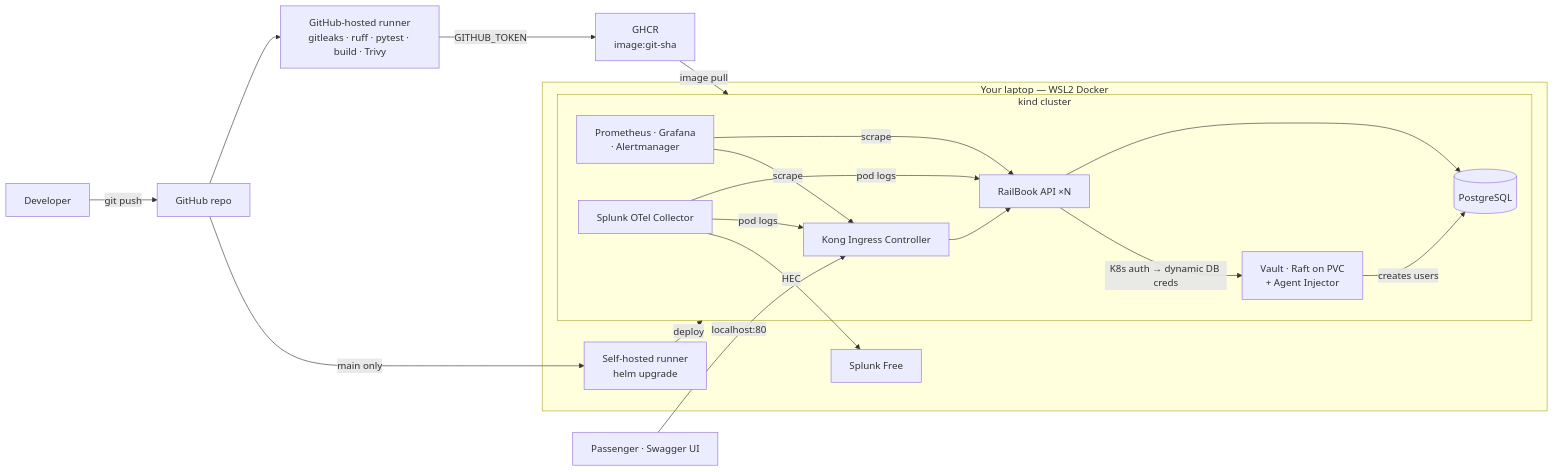
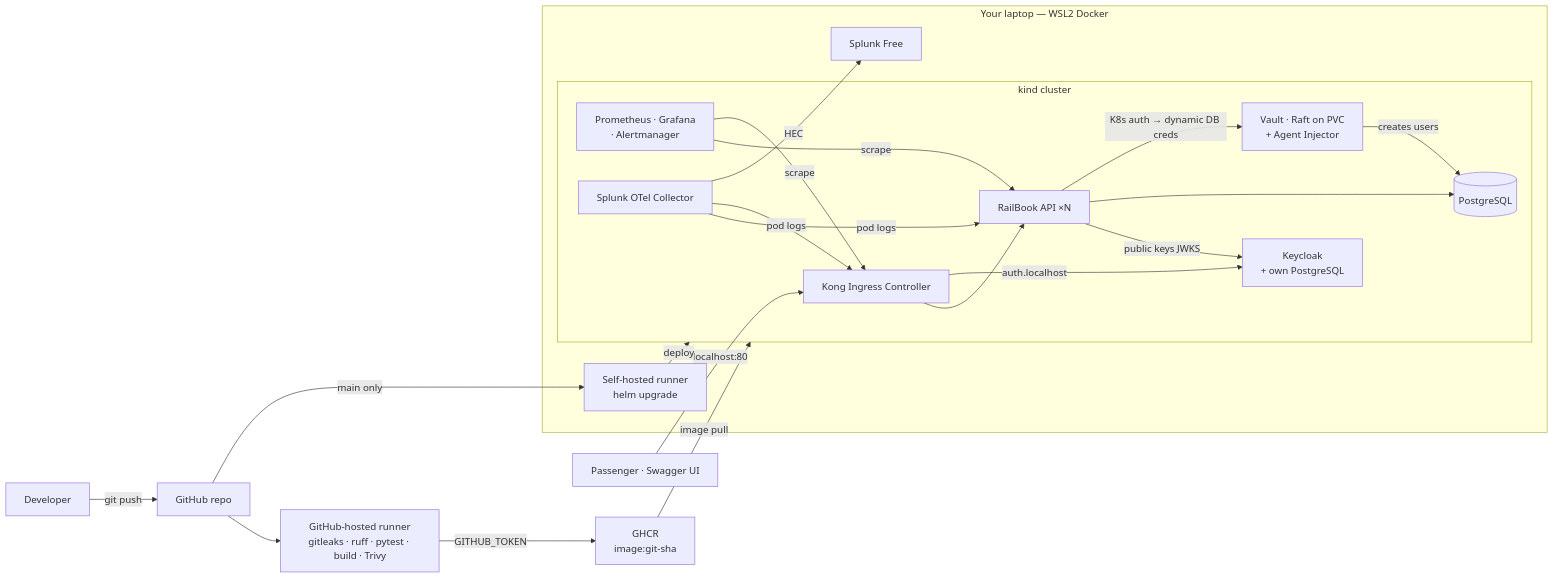
Before and after one commit to atharva-sardar02/railbook: the diagram in docs/PRD.md, drawn with Mermaid. The commit also changed other lines of this file and 7 other files, not shown here.

````diff
--- a/docs/PRD.md
+++ b/docs/PRD.md
@@ -156,34 +157,37 @@
 ```mermaid
 flowchart LR
     dev[Developer] -->|git push| gh[GitHub repo]
     gh --> hosted[GitHub-hosted runner<br/>gitleaks · ruff · pytest · build · Trivy]
     hosted -->|GITHUB_TOKEN| ghcr[GHCR<br/>image:git-sha]
     gh -->|main only| runner
 
     subgraph laptop[Your laptop — WSL2 Docker]
         runner[Self-hosted runner<br/>helm upgrade]
         splunk[Splunk Free]
 
         subgraph kind[kind cluster]
             kong[Kong Ingress Controller]
             api[RailBook API ×N]
             pg[(PostgreSQL)]
             vault[Vault · Raft on PVC<br/>+ Agent Injector]
+            kc[Keycloak<br/>+ own PostgreSQL]
             prom[Prometheus · Grafana<br/>· Alertmanager]
             otel[Splunk OTel Collector]
         end
     end
 
     user[Passenger · Swagger UI] -->|localhost:80| kong
     kong --> api
+    kong -->|auth.localhost| kc
+    api -->|public keys JWKS| kc
     api --> pg
     api -->|K8s auth → dynamic DB creds| vault
     vault -->|creates users| pg
     runner -->|deploy| kind
     ghcr -->|image pull| kind
     prom -->|scrape| api
     prom -->|scrape| kong
     otel -->|pod logs| api
     otel -->|pod logs| kong
     otel -->|HEC| splunk
 ```
````
